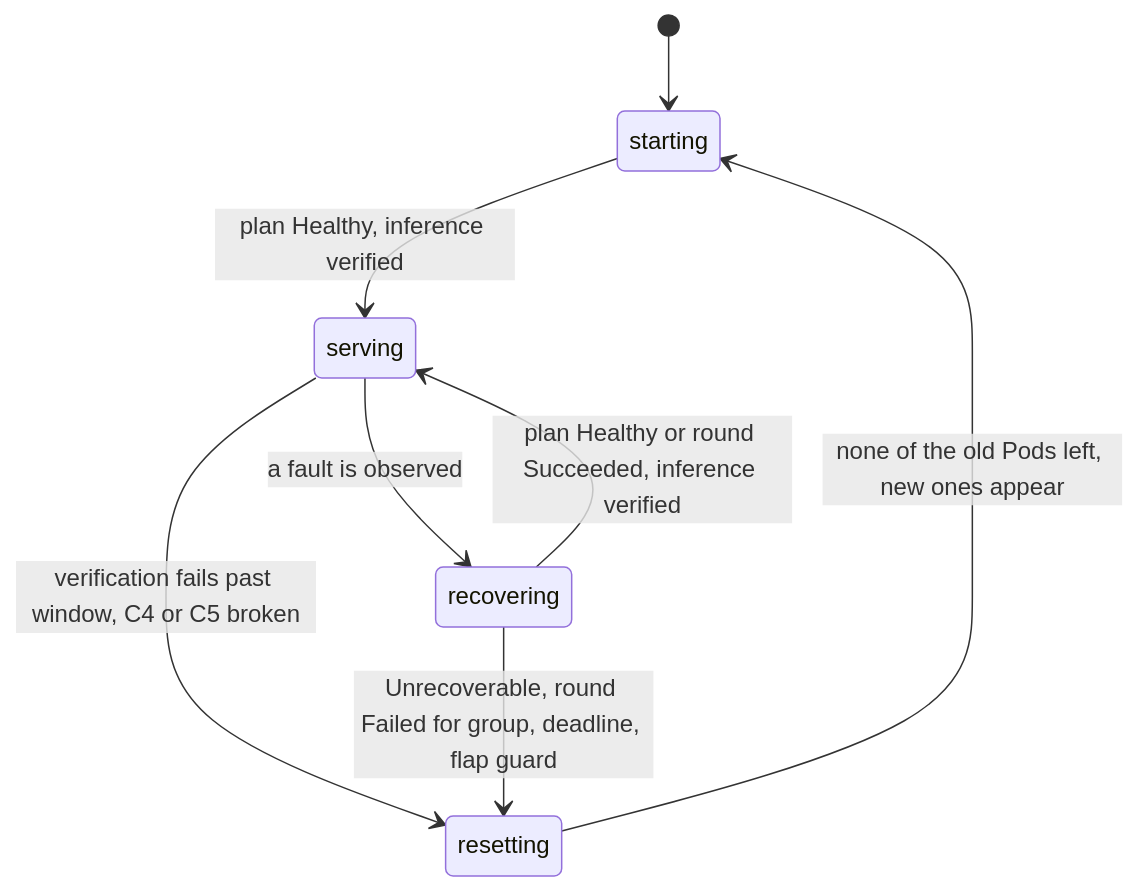
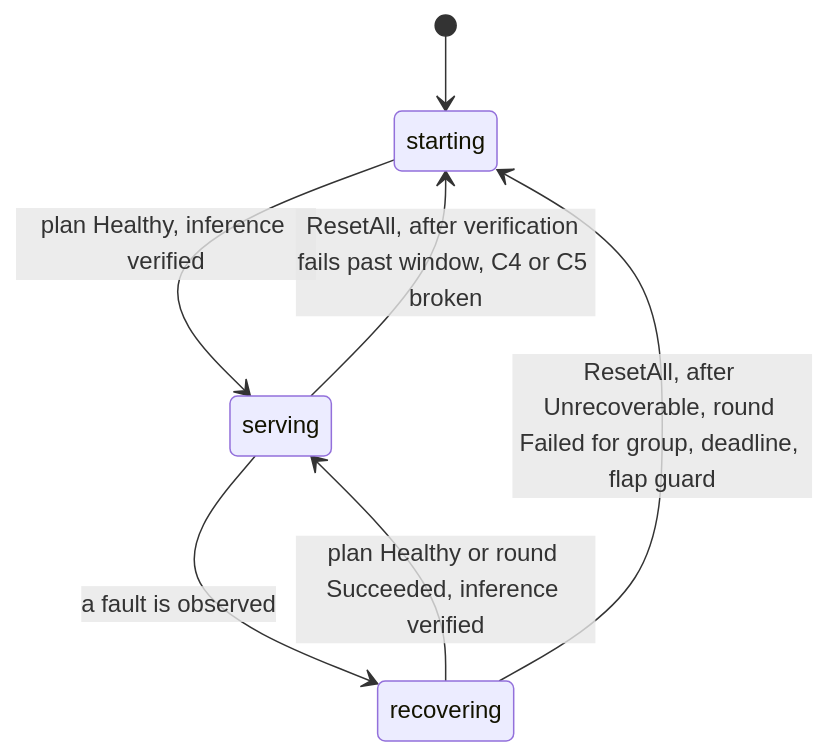
Before and after one commit to Etelis/llm-d-resiliency-operator: the first of 4 diagrams in docs/design/contracts/controller.md, drawn with Mermaid. The commit also changed other lines of this file and 2 other files, not shown here.

First line of the commit message:
Drop the resetting phase

````diff
--- a/docs/design/contracts/controller.md
+++ b/docs/design/contracts/controller.md
@@ -166,10 +167,9 @@
 ```mermaid
 stateDiagram-v2
   [*] --> starting
   starting --> serving: plan Healthy, inference verified
   serving --> recovering: a fault is observed
   recovering --> serving: plan Healthy or round Succeeded, inference verified
-  serving --> resetting: verification fails past window, C4 or C5 broken
-  recovering --> resetting: Unrecoverable, round Failed for group, deadline, flap guard
-  resetting --> starting: none of the old Pods left, new ones appear
+  serving --> starting: ResetAll, after verification fails past window, C4 or C5 broken
+  recovering --> starting: ResetAll, after Unrecoverable, round Failed for group, deadline, flap guard
 ```
````
